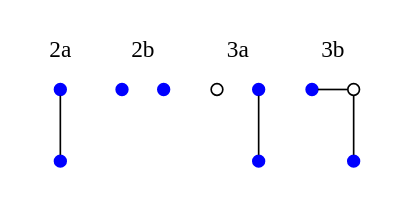
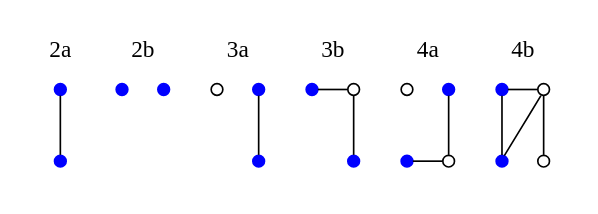
The diagram in source/almost-irregular.dot (nbirnel/learning-graph-theory), drawn with Graphviz before and after one commit.

Commit message:
add G4 almost irregular

```diff
--- a/source/almost-irregular.dot
+++ b/source/almost-irregular.dot
@@ -1,33 +1,57 @@
 strict graph  {
     node [shape=circle, width=0.1, height=0.1; label=""]
 	graph [style=filled, color=blue, color=white];
     subgraph cluster_g2a {
         
         label="2a"
         g2a1 [style=filled, color=blue];
         g2a2 [style=filled, color=blue];
         g2a1 -- g2a2;
     }
     subgraph cluster_g2b {
         label="2b"
         g2b1 [style=filled, color=blue];
         g2b2 [style=filled, color=blue];
     }
     subgraph cluster_g3a {
         label="3a"
         g3a1 [style=filled, color=blue];
         g3a2 [style=filled, color=blue];
         g3a1 -- g3a2;
         g3a3;
         {rank=same; g3a1, g3a3;}
     }
     subgraph cluster_g3b {
         label="3b"
         g3b1 [style=filled, color=blue];
         g3b2 [style=filled, color=blue];
         g3b3;
         g3b1 -- g3b3;
         g3b3 -- g3b2;
         {rank=same; g3b1, g3b3;}
     }
+    subgraph cluster_g4a {
+        label="4a"
+        g4a1 [style=filled, color=blue];
+        g4a2 [style=filled, color=blue];
+        g4a3;
+        g4a4;
+        g4a1 -- g4a4;
+        g4a2 -- g4a4;
+        {rank=same; g4a1, g4a3;}
+        {rank=same; g4a2, g4a4;}
+    }
+    subgraph cluster_g4b {
+        label="4b"
+        g4b1 [style=filled, color=blue];
+        g4b2 [style=filled, color=blue];
+        g4b3;
+        g4b4;
+        g4b1 -- g4b3;
+        g4b1 -- g4b2;
+        g4b2 -- g4b3;
+        g4b3 -- g4b4;
+        {rank=same; g4b1, g4b3;}
+        {rank=same; g4b2, g4b4;}
+    }
 }
```
